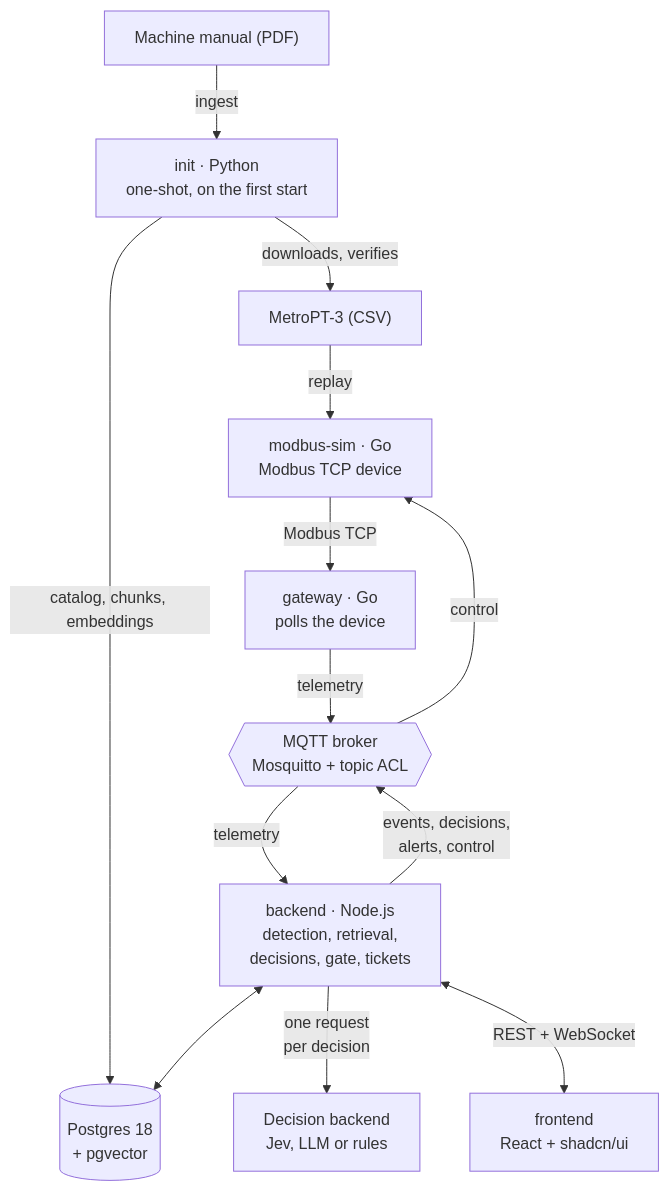
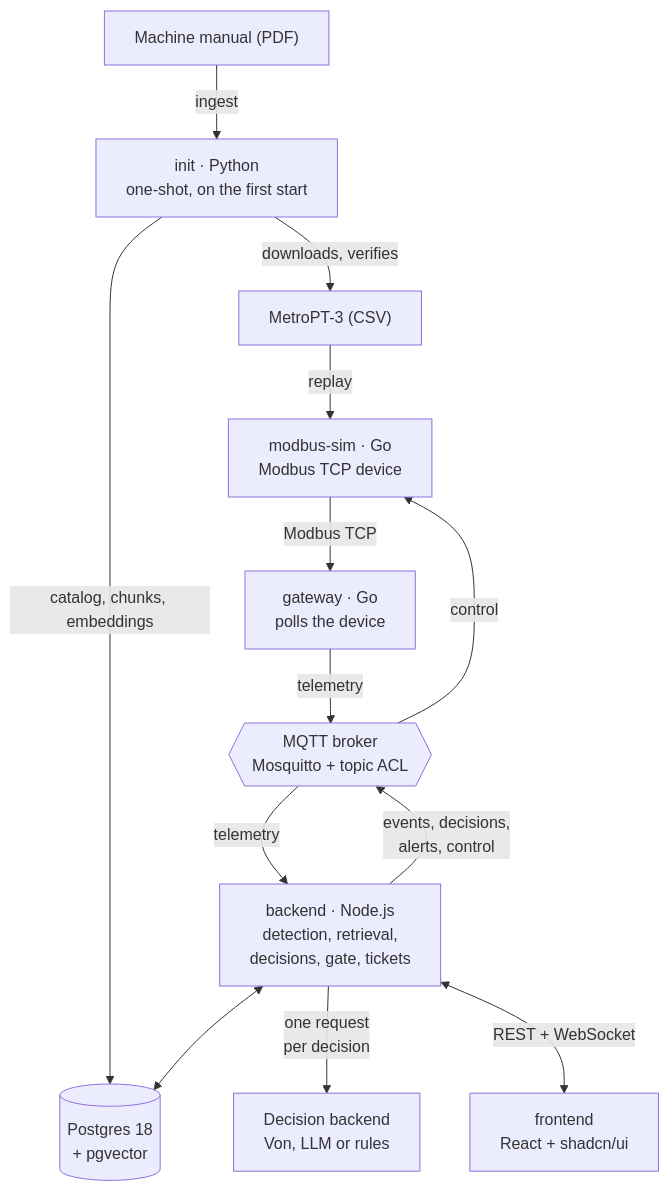
The first of 6 diagrams in README.md (arunpune/von-fault-diagnosis-poc), drawn with Mermaid before and after one commit. The commit also changed other lines of this file and 256 other files, not shown here.

Commit message:
Rename JEV to VON and configure backend

````diff
--- a/README.md
+++ b/README.md
@@ -118,15 +118,15 @@
 ```mermaid
 flowchart TB
     PDF["Machine manual (PDF)"] -->|"ingest"| INIT["init · Python<br/>one-shot, on the first start"]
     INIT -->|"downloads, verifies"| CSV["MetroPT-3 (CSV)"]
     INIT -->|"catalog, chunks, embeddings"| DB[("Postgres 18<br/>+ pgvector")]
     CSV -->|"replay"| SIM["modbus-sim · Go<br/>Modbus TCP device"]
     SIM -->|"Modbus TCP"| GW["gateway · Go<br/>polls the device"]
     GW -->|"telemetry"| MQ{{"MQTT broker<br/>Mosquitto + topic ACL"}}
     MQ -->|"telemetry"| BE["backend · Node.js<br/>detection, retrieval,<br/>decisions, gate, tickets"]
     BE -->|"events, decisions,<br/>alerts, control"| MQ
     MQ -->|"control"| SIM
     BE <--> DB
-    BE -->|"one request<br/>per decision"| DEC["Decision backend<br/>Jev, LLM or rules"]
+    BE -->|"one request<br/>per decision"| DEC["Decision backend<br/>Von, LLM or rules"]
     BE <-->|"REST + WebSocket"| UI["frontend<br/>React + shadcn/ui"]
 ```
````
